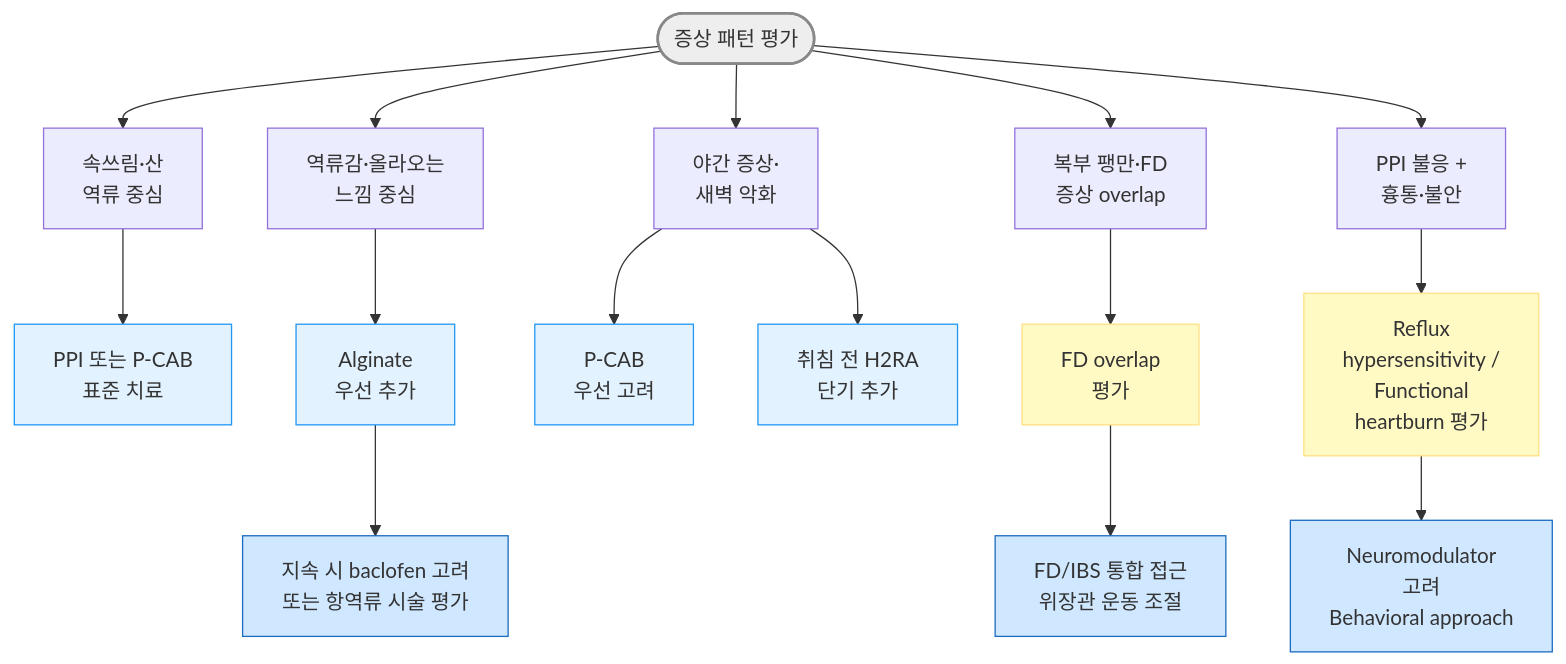
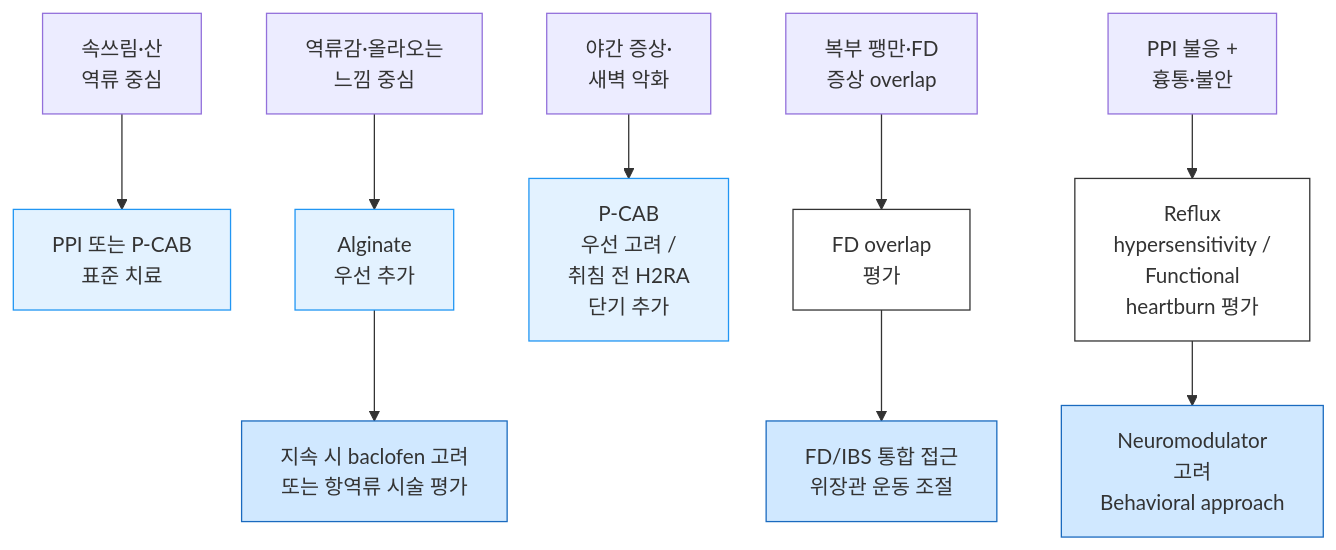
One commit to familyoh77/familyoh77 changed the third of 5 diagrams in 224_/081_-gerd.md. Above: the diagram before and after it, drawn with Mermaid.

Commit message:
GITBOOK-940: No subject

````diff
--- a/224_/081_-gerd.md
+++ b/224_/081_-gerd.md
@@ -270,25 +270,25 @@
 ```mermaid
 graph TD
-    A(["증상 패턴 평가"]) --> B["속쓰림·산 <br/>역류 중심"]
-    A --> C["역류감·올라오는<br/> 느낌 중심"]
-    A --> D["야간 증상·<br/>새벽 악화"]
-    A --> E["복부 팽만·FD <br/>증상 overlap"]
-    A --> F["PPI 불응 + <br/>흉통·불안"]
+
+    B["속쓰림·산 <br/>역류 중심"]
+    C["역류감·올라오는<br/> 느낌 중심"]
+    D["야간 증상·<br/>새벽 악화"]
+    E["복부 팽만·FD <br/>증상 overlap"]
+    F["PPI 불응 + <br/>흉통·불안"]
     B --> G["PPI 또는 P-CAB<br/>표준 치료"]
     C --> H["Alginate <br/>우선 추가"]
     H --> I["지속 시 baclofen 고려<br/>또는 항역류 시술 평가"]
-    D --> J["P-CAB <br/>우선 고려"]
-    D --> K["취침 전 H2RA <br/>단기 추가"]
+    D --> J["P-CAB <br/>우선 고려 /<br/>취침 전 H2RA <br/>단기 추가"]
     E --> L["FD overlap <br/>평가"]
     L --> M["FD/IBS 통합 접근<br/>위장관 운동 조절"]
     F --> N["Reflux <br/>hypersensitivity /<br/>Functional <br/>heartburn 평가"]
     N --> O["Neuromodulator <br/>고려<br/>Behavioral approach"]
 
-    style A fill:#eeeeee,stroke:#888888,stroke-width:2px
+
 classDef sky fill:#e3f2ff,stroke:#2196f3
 class G,H,J,K sky
 classDef blue fill:#d0e8ff,stroke:#1a6abf
 class M,I,O blue
-classDef yellow fill:#fff9c4,stroke:#ffe082
-class L,N yellow
+classDef white fill:#fff,stroke:#333
+class L,N white
 ```
````
